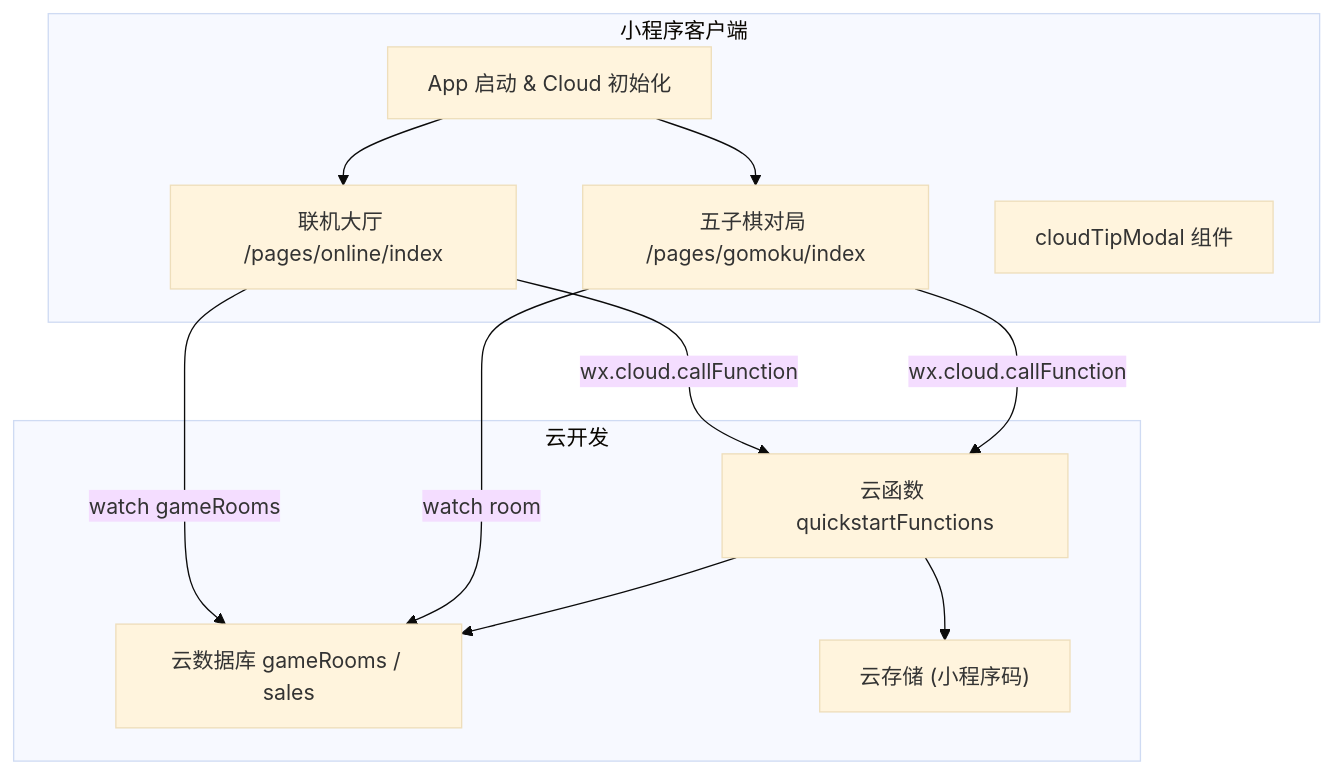
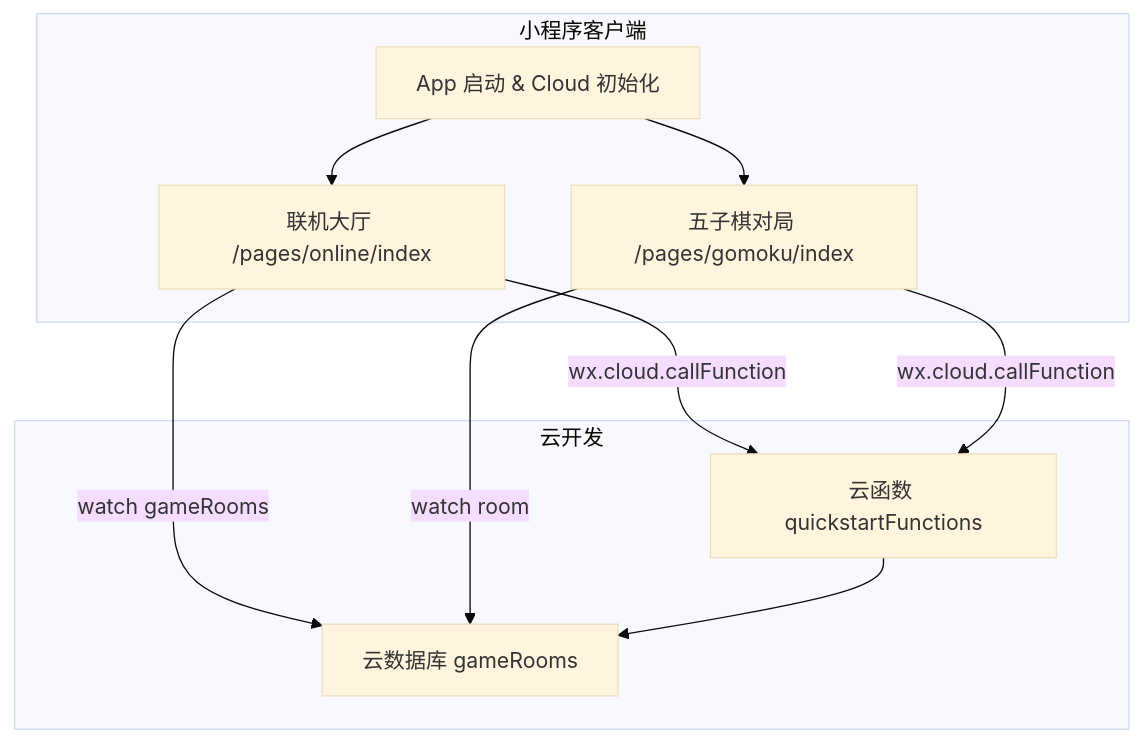
One commit to duwenbin0316/wx-game-app changed the first of 3 diagrams in .mini-wiki/wiki/index.md. Above: the diagram before and after it, drawn with Mermaid (base theme). The commit also changed other lines of this file and 5 other files, not shown here.

````diff
--- a/.mini-wiki/wiki/index.md
+++ b/.mini-wiki/wiki/index.md
@@ -19,22 +29,19 @@
 ```mermaid
 flowchart TB
   subgraph MiniProgram["小程序客户端"]
     App["App 启动 & Cloud 初始化"]
     Online["联机大厅 /pages/online/index"]
     Gomoku["五子棋对局 /pages/gomoku/index"]
-    Tip["cloudTipModal 组件"]
   end
   subgraph Cloud["云开发"]
     CF["云函数 quickstartFunctions"]
-    DB["云数据库 gameRooms / sales"]
-    Storage["云存储 (小程序码)"]
+    DB["云数据库 gameRooms"]
   end
   App --> Online
   App --> Gomoku
   Online -->|wx.cloud.callFunction| CF
   Gomoku -->|wx.cloud.callFunction| CF
   Online -->|watch gameRooms| DB
   Gomoku -->|watch room| DB
   CF --> DB
-  CF --> Storage
 ```
````
